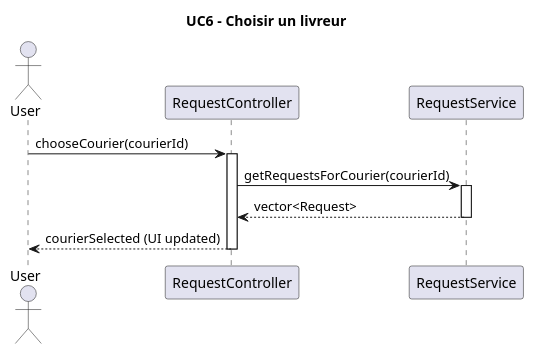
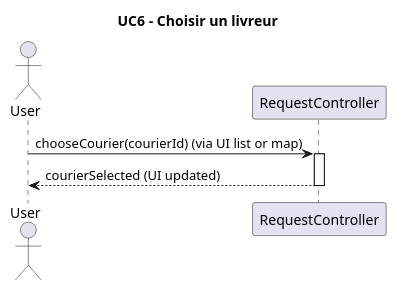
One commit to enzo-dosanjos/Pickup_Delivery_App changed the diagram in diagrams/diagramUC6.plantuml. Above: the diagram before and after it, drawn with PlantUML. The commit also changed 13 other files, not shown here.

```diff
--- a/diagrams/diagramUC6.plantuml
+++ b/diagrams/diagramUC6.plantuml
@@ -1,18 +1,12 @@
 @startuml
 title UC6 - Choisir un livreur
 
 actor User
 participant "RequestController" as RC
-participant "RequestService" as RS
 
-User -> RC : chooseCourier(courierId)
+User -> RC : chooseCourier(courierId) (via UI list or map)
 activate RC
-
-RC -> RS : getRequestsForCourier(courierId) 
-activate RS
-RS --> RC : vector<Request>
-deactivate RS
 
 RC --> User : courierSelected (UI updated)
 deactivate RC
 @enduml
```
